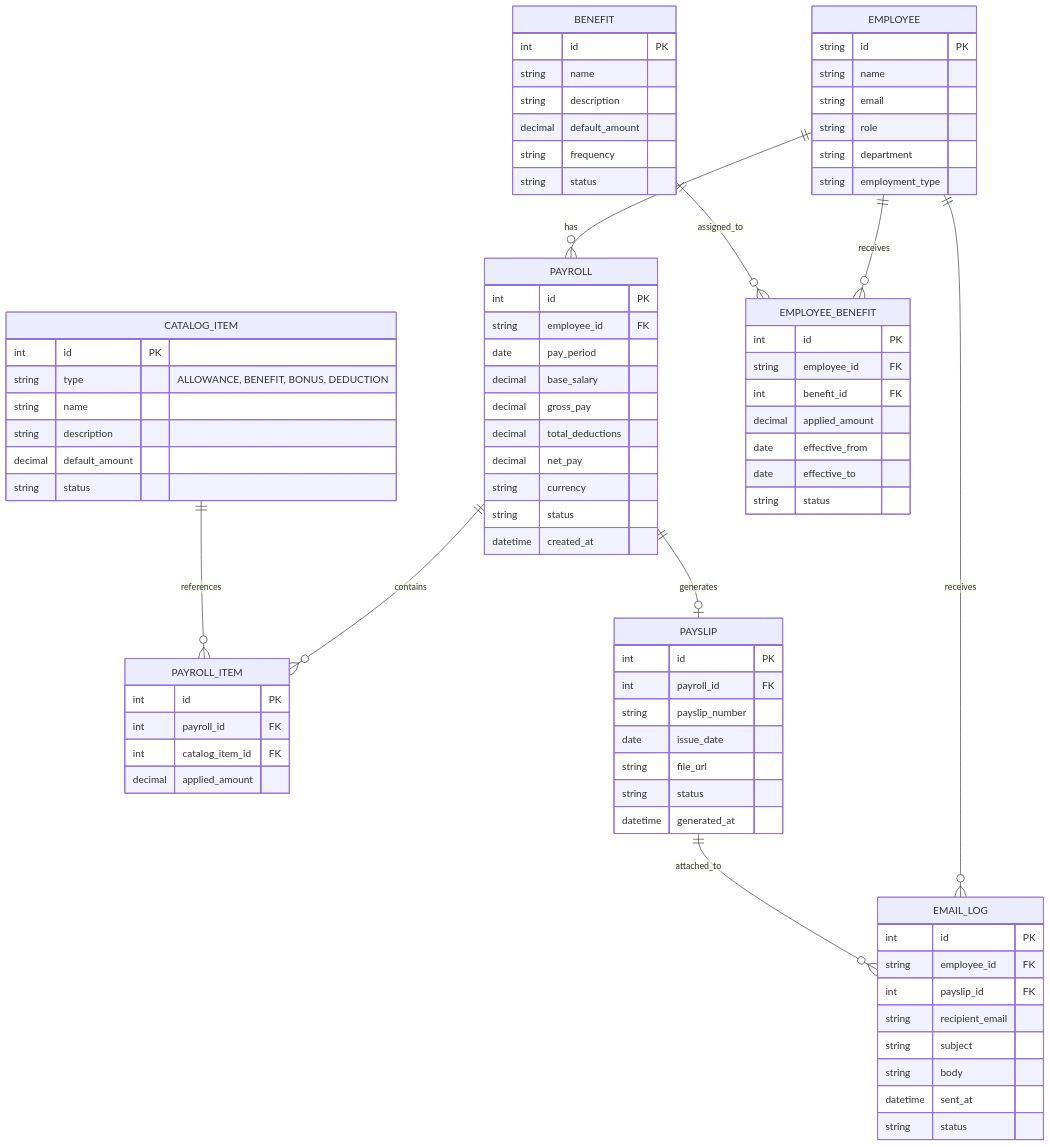
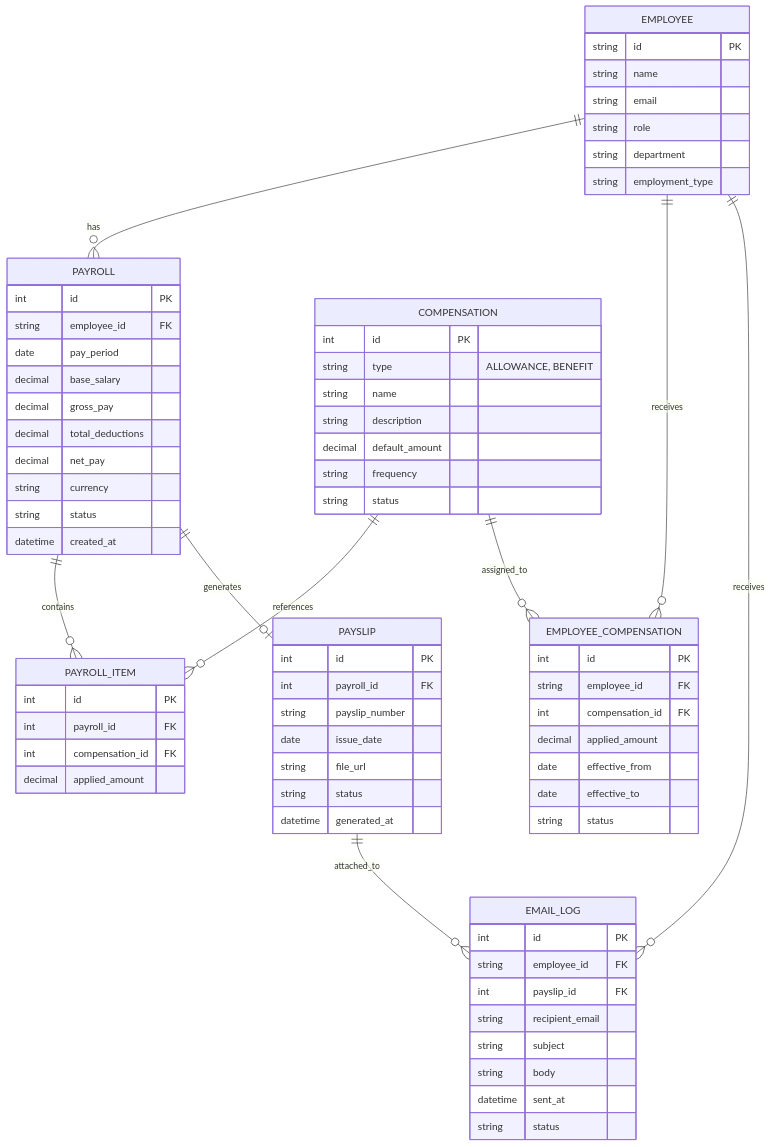
One commit to votrongdao/Copilot.HR changed the seventh of 7 diagrams in docs/payroll/README.md. Above: the diagram before and after it, drawn with Mermaid. The commit also changed other lines of this file and 9 other files, not shown here.

```diff
--- a/docs/payroll/README.md
+++ b/docs/payroll/README.md
@@ -215,12 +230,12 @@
     EMPLOYEE ||--o{ PAYROLL : "has"
 
     PAYROLL ||--o{ PAYROLL_ITEM : "contains"
-    CATALOG_ITEM ||--o{ PAYROLL_ITEM : "references"
+    COMPENSATION ||--o{ PAYROLL_ITEM : "references"
 
     PAYROLL ||--o| PAYSLIP : "generates"
 
-    EMPLOYEE ||--o{ EMPLOYEE_BENEFIT : "receives"
-    BENEFIT ||--o{ EMPLOYEE_BENEFIT : "assigned_to"
+    EMPLOYEE ||--o{ EMPLOYEE_COMPENSATION : "receives"
+    COMPENSATION ||--o{ EMPLOYEE_COMPENSATION : "assigned_to"
 
     EMPLOYEE ||--o{ EMAIL_LOG : "receives"
     PAYSLIP ||--o{ EMAIL_LOG : "attached_to"
@@ -247,24 +262,9 @@
         datetime created_at
     }
 
-    CATALOG_ITEM {
+    COMPENSATION {
         int id PK
-        string type "ALLOWANCE, BENEFIT, BONUS, DEDUCTION"
-        string name
-        string description
-        decimal default_amount
-        string status
-    }
-
-    PAYROLL_ITEM {
-        int id PK
-        int payroll_id FK
-        int catalog_item_id FK
-        decimal applied_amount
-    }
-
-    BENEFIT {
-        int id PK
+        string type "ALLOWANCE, BENEFIT"
         string name
         string description
         decimal default_amount
@@ -272,10 +272,17 @@
         string status
     }
 
-    EMPLOYEE_BENEFIT {
+    PAYROLL_ITEM {
+        int id PK
+        int payroll_id FK
+        int compensation_id FK
+        decimal applied_amount
+    }
+
+    EMPLOYEE_COMPENSATION {
         int id PK
         string employee_id FK
-        int benefit_id FK
+        int compensation_id FK
         decimal applied_amount
         date effective_from
         date effective_to
```
